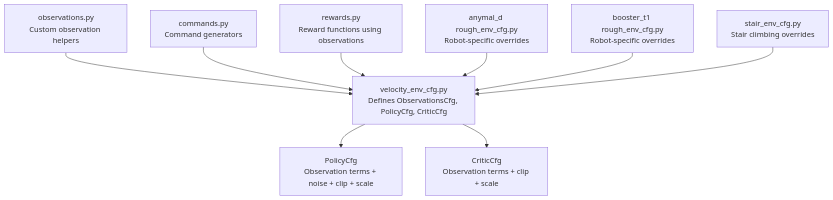
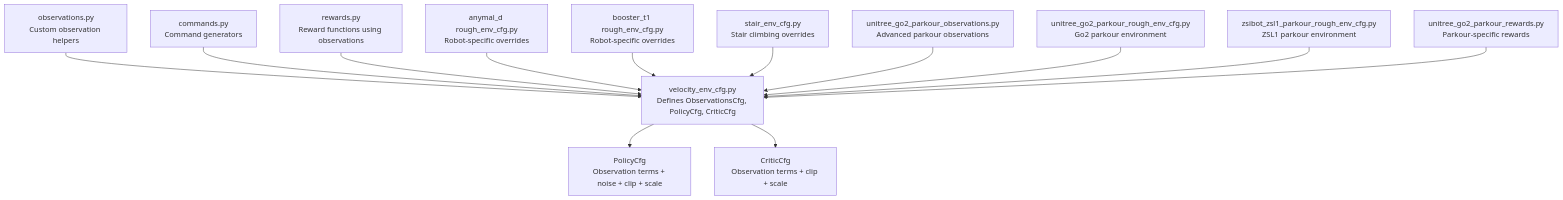
One commit to jayjayhust/robot_lab changed the first of 3 diagrams in .qoder/repowiki/en/content/Task Configuration Framework/Velocity-Based Locomotion Tasks/Observation System and State Representation.md. Above: the diagram before and after it, drawn with Mermaid. The commit also changed other lines of this file and 17 other files, not shown here.

Commit message:
add zsl1 parkour training

````diff
--- a/.qoder/repowiki/en/content/Task Configuration Framework/Velocity-Based Locomotion Tasks/Observation System and State Representation.md
+++ b/.qoder/repowiki/en/content/Task Configuration Framework/Velocity-Based Locomotion Tasks/Observation System and State Representation.md
@@ -39,11 +50,15 @@
 ```mermaid
 graph TB
 A["velocity_env_cfg.py<br/>Defines ObservationsCfg, PolicyCfg, CriticCfg"] --> B["PolicyCfg<br/>Observation terms + noise + clip + scale"]
 A --> C["CriticCfg<br/>Observation terms + clip + scale"]
 D["observations.py<br/>Custom observation helpers"] --> A
 E["commands.py<br/>Command generators"] --> A
 F["rewards.py<br/>Reward functions using observations"] --> A
 G["anymal_d rough_env_cfg.py<br/>Robot-specific overrides"] --> A
 H["booster_t1 rough_env_cfg.py<br/>Robot-specific overrides"] --> A
 I["stair_env_cfg.py<br/>Stair climbing overrides"] --> A
+J["unitree_go2_parkour_observations.py<br/>Advanced parkour observations"] --> A
+K["unitree_go2_parkour_rough_env_cfg.py<br/>Go2 parkour environment"] --> A
+L["zsibot_zsl1_parkour_rough_env_cfg.py<br/>ZSL1 parkour environment"] --> A
+M["unitree_go2_parkour_rewards.py<br/>Parkour-specific rewards"] --> A
 ```
````
